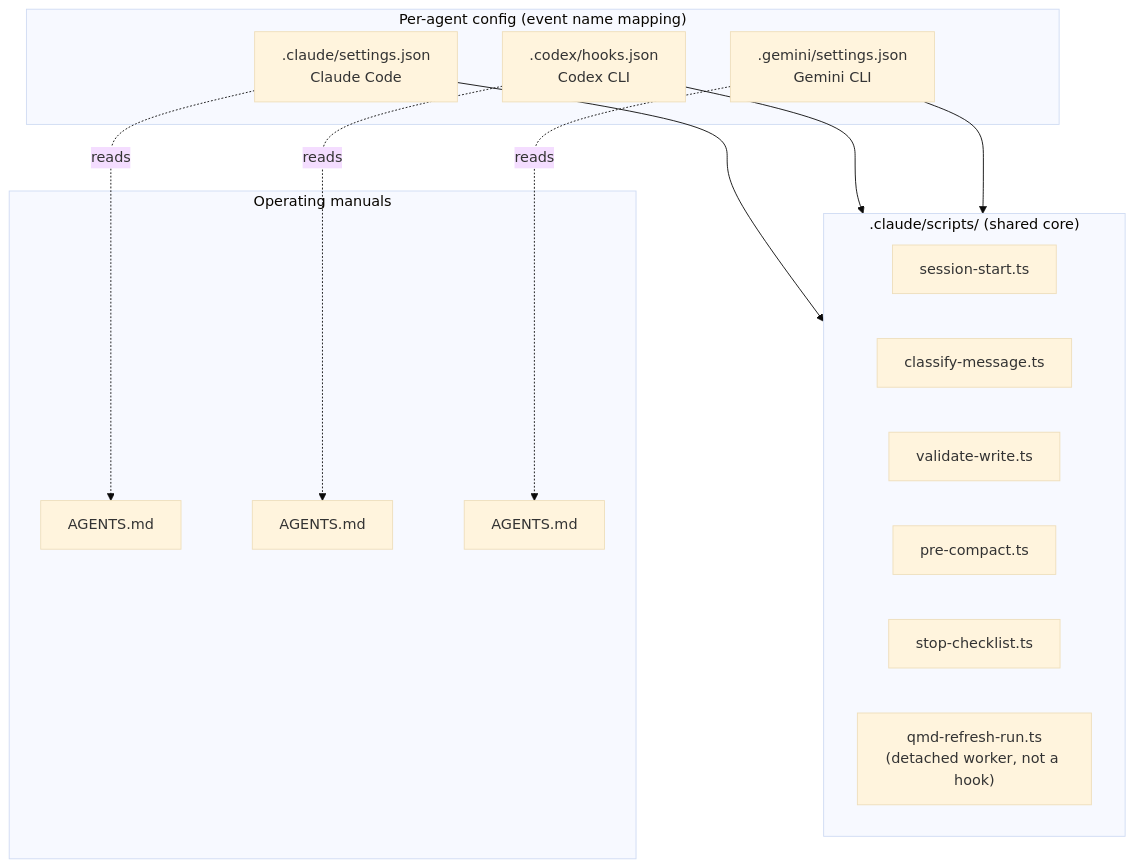
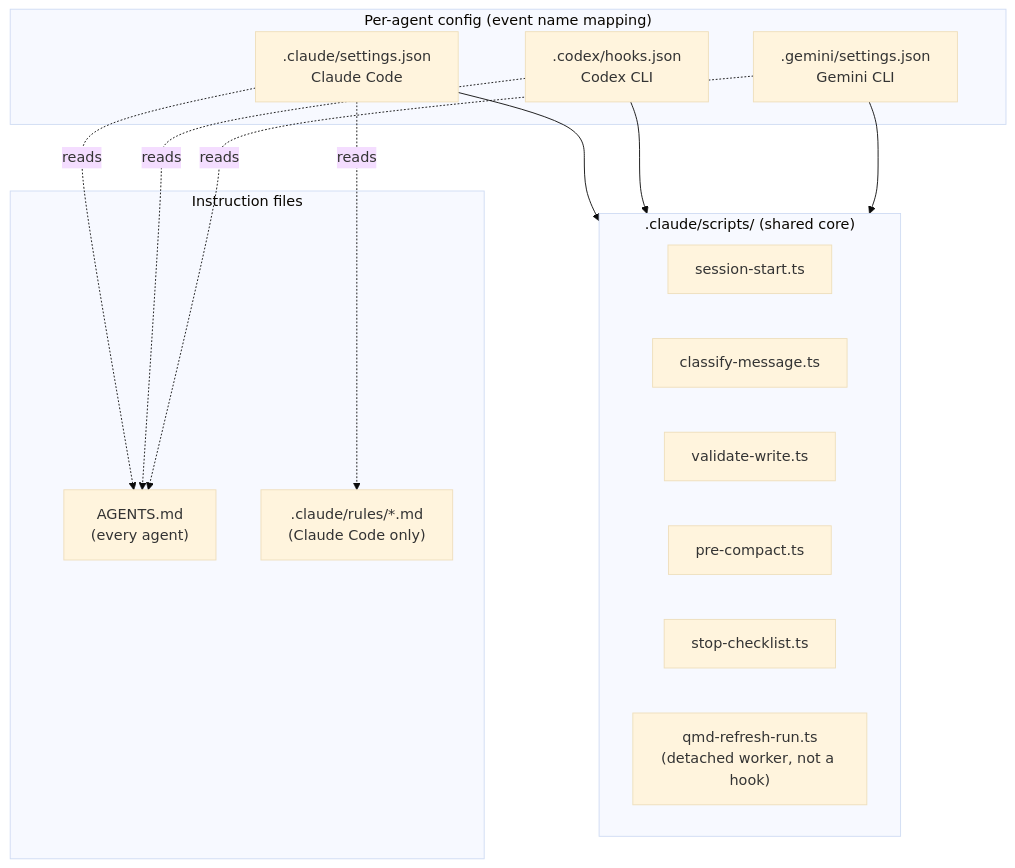
Diagram 20 of 21 in ARCHITECTURE.md (breferrari/obsidian-mind), drawn with Mermaid (base theme) before and after one commit. The commit also changed other lines of this file and 34 other files, not shown here.

First line of the commit message:
feat!: make AGENTS.md the single instruction file

````diff
--- a/ARCHITECTURE.md
+++ b/ARCHITECTURE.md
@@ -893,28 +999,28 @@
 ```mermaid
 flowchart TB
     subgraph Configs["Per-agent config (event name mapping)"]
         Claude[".claude/settings.json<br/>Claude Code"]
         Codex[".codex/hooks.json<br/>Codex CLI"]
         Gemini[".gemini/settings.json<br/>Gemini CLI"]
     end
     subgraph Shared[".claude/scripts/ (shared core)"]
         S1["session-start.ts"]
         S2["classify-message.ts"]
         S3["validate-write.ts"]
         S5["pre-compact.ts"]
         S6["stop-checklist.ts"]
         S7["qmd-refresh-run.ts<br/>(detached worker, not a hook)"]
     end
-    subgraph Manuals["Operating manuals"]
-        CM["AGENTS.md"]
-        AM["AGENTS.md"]
-        GM["AGENTS.md"]
+    subgraph Manuals["Instruction files"]
+        AM["AGENTS.md<br/>(every agent)"]
+        RM[".claude/rules/*.md<br/>(Claude Code only)"]
     end
 
     Claude --> Shared
     Codex --> Shared
     Gemini --> Shared
-    Claude -.reads.-> CM
+    Claude -.reads.-> AM
+    Claude -.reads.-> RM
     Codex -.reads.-> AM
-    Gemini -.reads.-> GM
+    Gemini -.reads.-> AM
 ```
````
